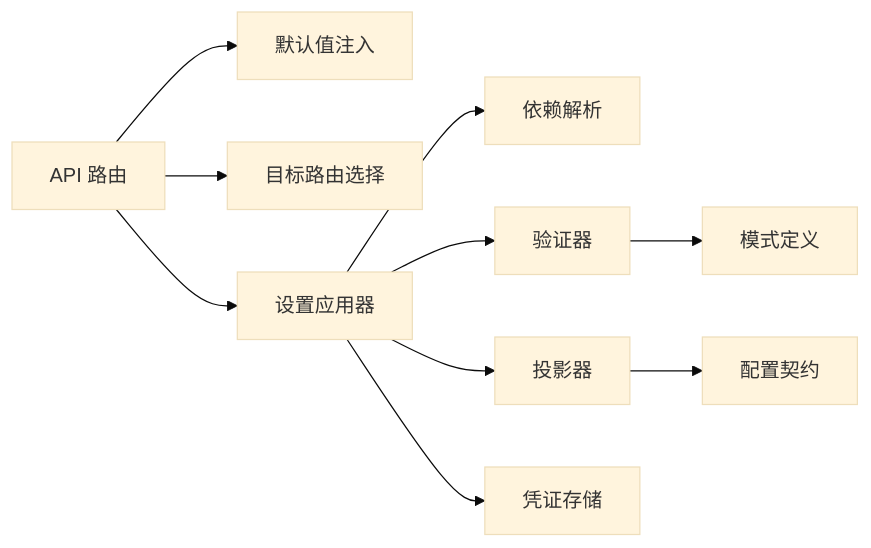
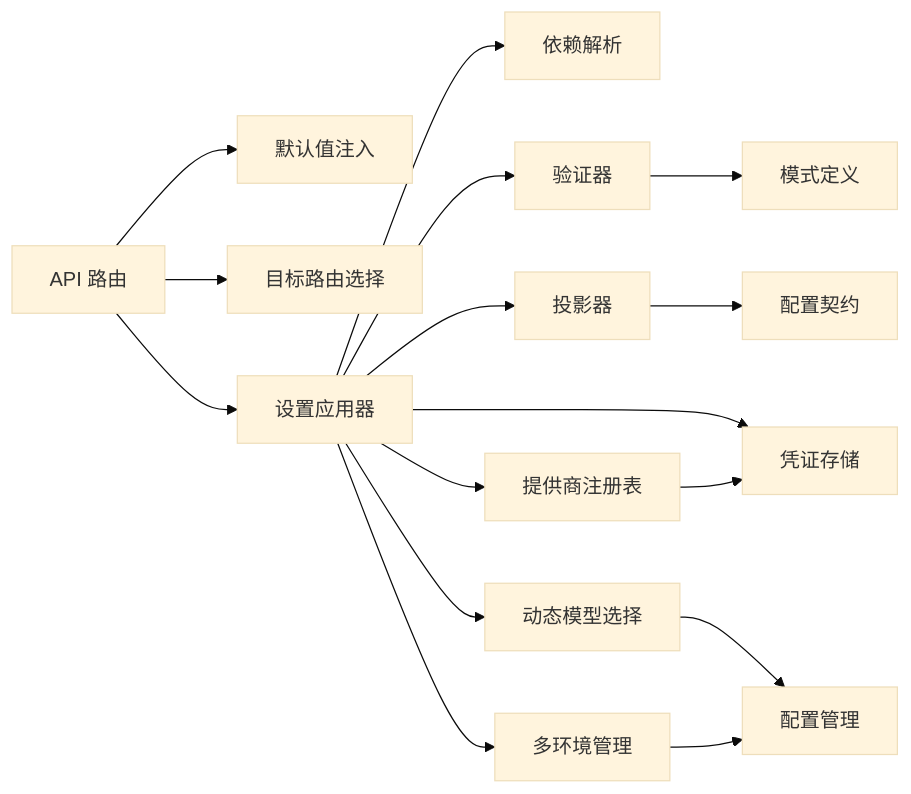
Before and after one commit to scottcwy/PurpleInk: the third of 3 diagrams in .qoder/repowiki/zh/content/AI系统集成/提供商设置管理.md, drawn with Mermaid (base theme). The commit also changed other lines of this file and 109 other files, not shown here.

````diff
--- a/.qoder/repowiki/zh/content/AI系统集成/提供商设置管理.md
+++ b/.qoder/repowiki/zh/content/AI系统集成/提供商设置管理.md
@@ -265,12 +417,18 @@
 ```mermaid
 graph LR
 API["API 路由"] --> Defaults["默认值注入"]
 API --> Target["目标路由选择"]
 API --> Apply["设置应用器"]
 Apply --> Deps["依赖解析"]
 Apply --> Val["验证器"]
 Apply --> Proj["投影器"]
 Apply --> Store["凭证存储"]
+Apply --> ModelRouter["动态模型选择"]
+Apply --> EnvManager["多环境管理"]
+Apply --> Registry["提供商注册表"]
 Val --> Schemas["模式定义"]
 Proj --> Contract["配置契约"]
+ModelRouter --> Config["配置管理"]
+EnvManager --> Config
+Registry --> Store
 ```
````
